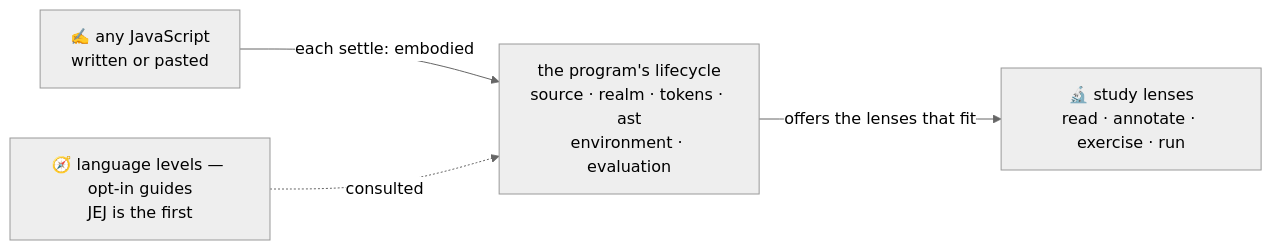
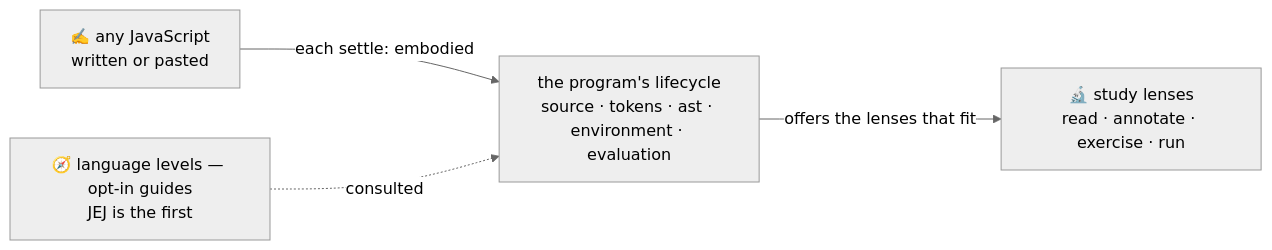
The second of 4 diagrams in src/lib/study-lenses/README.md (codeschoolinabox/curricula), drawn with Mermaid (neutral theme) before and after one commit. The commit also changed other lines of this file and 6 other files, not shown here.

First line of the commit message:
docs: amend the embody lifecycle to five phases and add the environment fact stage

````diff
--- a/src/lib/study-lenses/README.md
+++ b/src/lib/study-lenses/README.md
@@ -82,10 +82,10 @@
 ```mermaid
 flowchart LR
     write["✍️ any JavaScript<br/>written or pasted"]
-    phases["the program's lifecycle<br/>source · realm · tokens · ast<br/>environment · evaluation"]
+    phases["the program's lifecycle<br/>source · tokens · ast · environment · evaluation"]
     study["🔬 study lenses<br/>read · annotate · exercise · run"]
     levels["🧭 language levels — opt-in guides<br/>JEJ is the first"]
     write -->|"each settle: embodied"| phases
     phases -->|"offers the lenses that fit"| study
     levels -.->|"consulted"| phases
 ```
````
